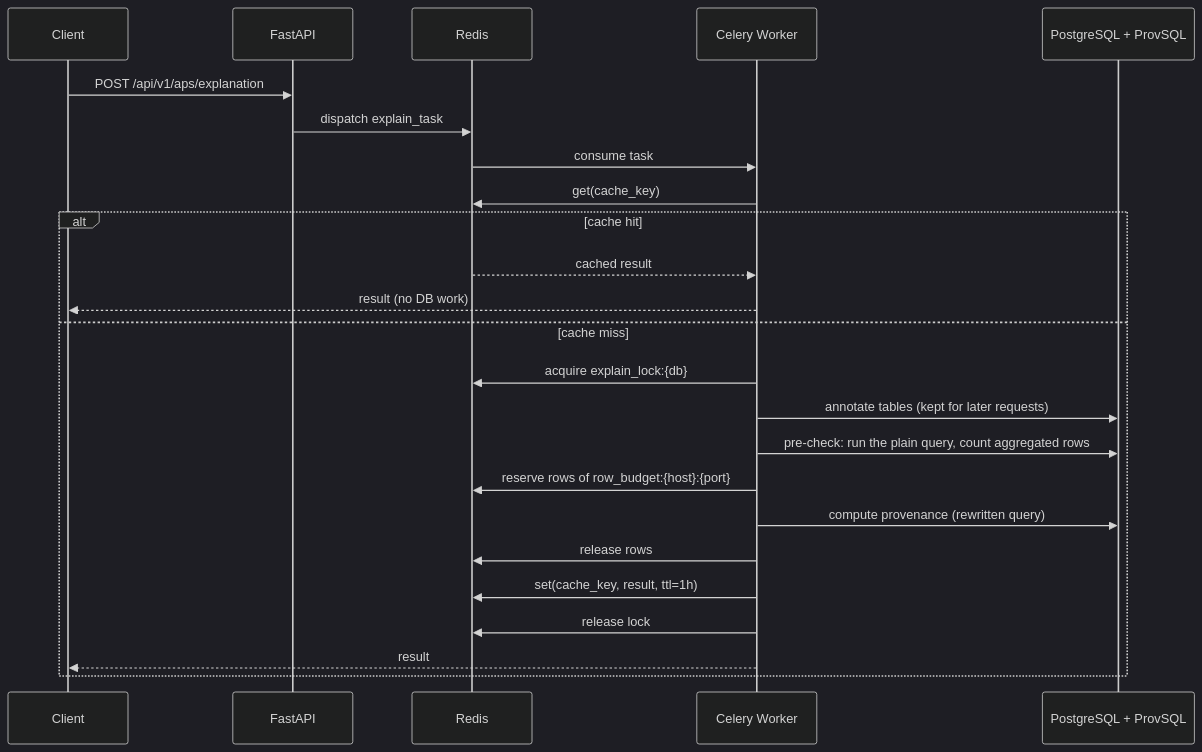
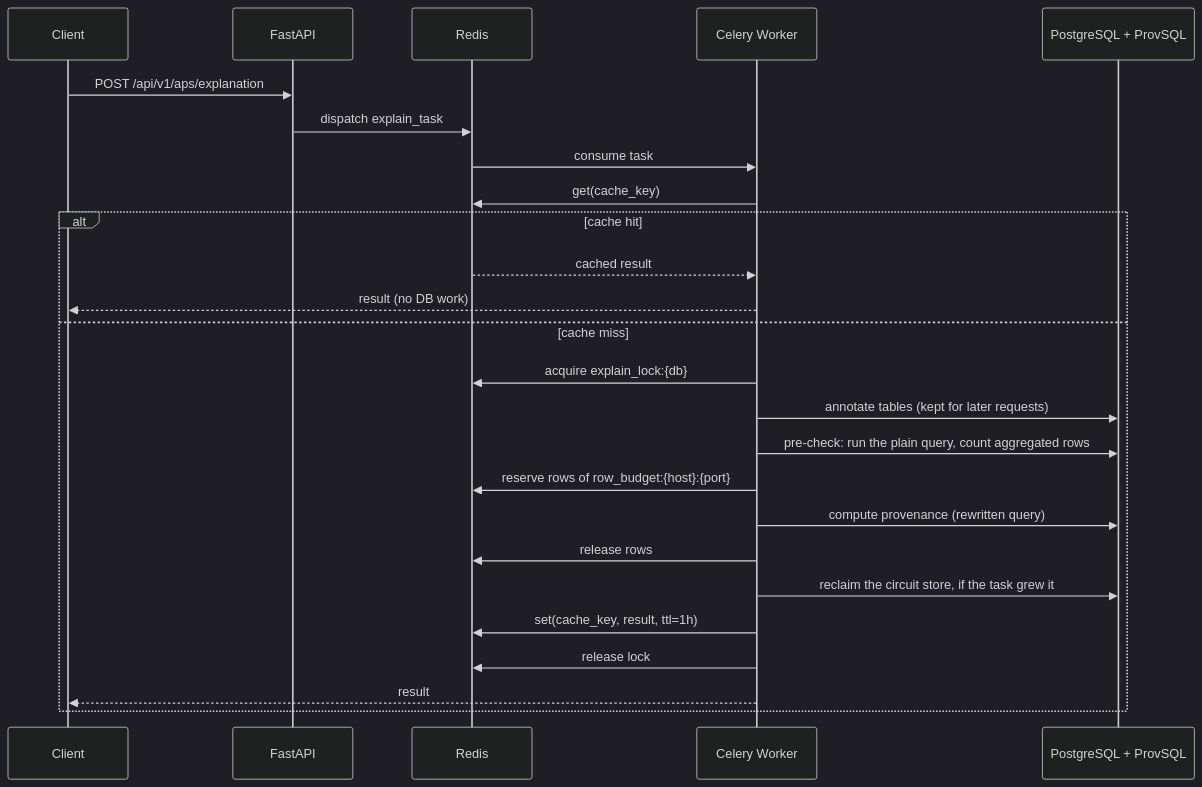
One commit to datagems-eosc/ap-explanation changed the diagram in docs/docs/architecture.md. Above: the diagram before and after it, drawn with Mermaid (dark theme). The commit also changed other lines of this file and 5 other files, not shown here.

First line of the commit message:
feat: reclaim ProvSQL's circuit store after a task that grew it

````diff
--- a/docs/docs/architecture.md
+++ b/docs/docs/architecture.md
@@ -123,28 +123,29 @@
 ```mermaid
 sequenceDiagram
     participant Client
     participant API as FastAPI
     participant Redis
     participant Worker as Celery Worker
     participant PG as PostgreSQL + ProvSQL
 
     Client->>API: POST /api/v1/aps/explanation
     API->>Redis: dispatch explain_task
     Redis->>Worker: consume task
 
     Worker->>Redis: get(cache_key)
     alt cache hit
         Redis-->>Worker: cached result
         Worker-->>Client: result (no DB work)
     else cache miss
         Worker->>Redis: acquire explain_lock:{db}
         Worker->>PG: annotate tables (kept for later requests)
         Worker->>PG: pre-check: run the plain query, count aggregated rows
         Worker->>Redis: reserve rows of row_budget:{host}:{port}
         Worker->>PG: compute provenance (rewritten query)
         Worker->>Redis: release rows
+        Worker->>PG: reclaim the circuit store, if the task grew it
         Worker->>Redis: set(cache_key, result, ttl=1h)
         Worker->>Redis: release lock
         Worker-->>Client: result
     end
 ```
````
